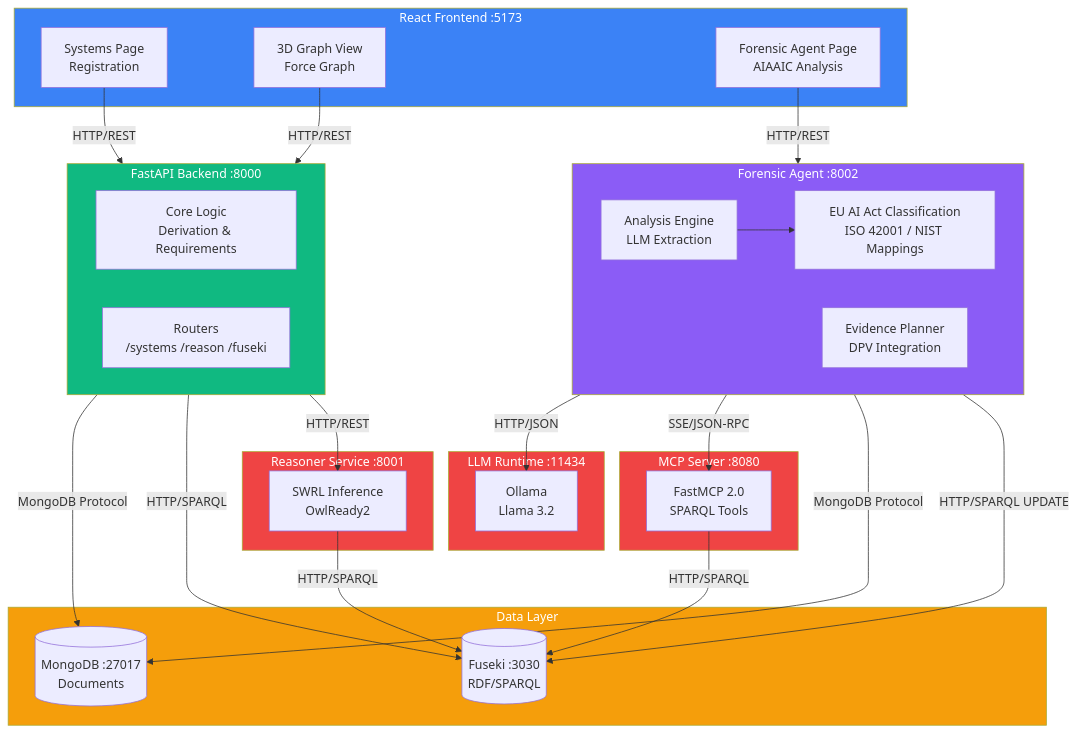
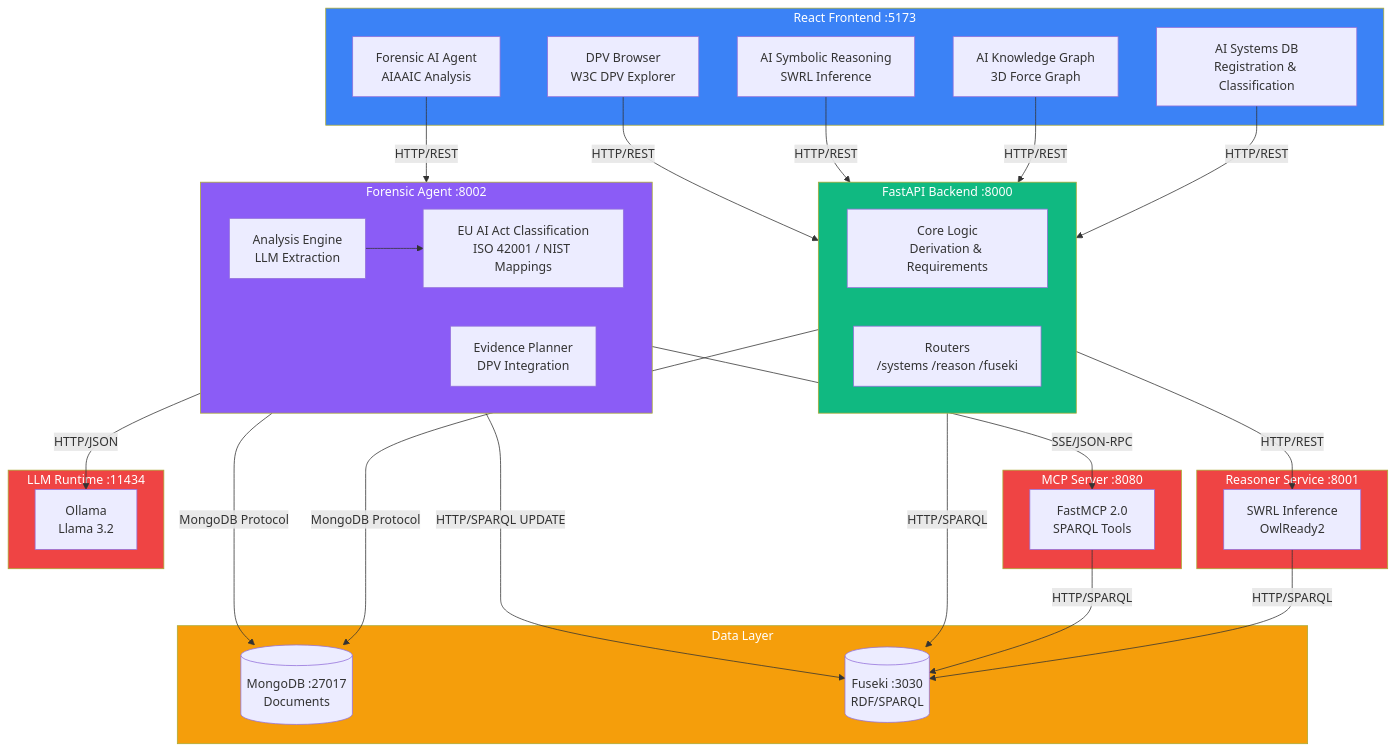
The first of 2 diagrams in README.md (cartesiosson/ai_act_project), drawn with Mermaid before and after one commit. The commit also changed other lines of this file, not shown here.

````diff
--- a/README.md
+++ b/README.md
@@ -89,57 +91,60 @@
 ```mermaid
 flowchart TB
     subgraph Frontend["React Frontend :5173"]
-        SP[Systems Page<br/>Registration]
-        GV[3D Graph View<br/>Force Graph]
-        FA[Forensic Agent Page<br/>AIAAIC Analysis]
+        SP[AI Systems DB<br/>Registration & Classification]
+        GV[AI Knowledge Graph<br/>3D Force Graph]
+        RP[AI Symbolic Reasoning<br/>SWRL Inference]
+        FA[Forensic AI Agent<br/>AIAAIC Analysis]
+        DP[DPV Browser<br/>W3C DPV Explorer]
     end
 
     subgraph Backend["FastAPI Backend :8000"]
         CL[Core Logic<br/>Derivation & Requirements]
         RT[Routers<br/>/systems /reason /fuseki]
     end
 
     subgraph Forensic["Forensic Agent :8002"]
         AE[Analysis Engine<br/>LLM Extraction]
         CL2[EU AI Act Classification<br/>ISO 42001 / NIST Mappings]
         EP[Evidence Planner<br/>DPV Integration]
     end
 
     subgraph Data["Data Layer"]
         MG[(MongoDB :27017<br/>Documents)]
         FK[(Fuseki :3030<br/>RDF/SPARQL)]
     end
 
     subgraph Reasoner["Reasoner Service :8001"]
         RS[SWRL Inference<br/>OwlReady2]
     end
 
     subgraph MCPServer["MCP Server :8080"]
         MCP[FastMCP 2.0<br/>SPARQL Tools]
     end
 
     subgraph LLM["LLM Runtime :11434"]
         OL[Ollama<br/>Llama 3.2]
     end
 
-    SP & GV -->|HTTP/REST| Backend
+    SP & GV & RP -->|HTTP/REST| Backend
+    DP -->|HTTP/REST| Backend
     FA -->|HTTP/REST| Forensic
     Backend -->|MongoDB Protocol| MG
     Backend -->|HTTP/SPARQL| FK
     Backend -->|HTTP/REST| RS
     RS -->|HTTP/SPARQL| FK
     Forensic -->|HTTP/JSON| OL
     Forensic -->|SSE/JSON-RPC| MCP
     MCP -->|HTTP/SPARQL| FK
     Forensic -->|MongoDB Protocol| MG
     Forensic -->|HTTP/SPARQL UPDATE| FK
     AE --> CL2
 
     style Frontend fill:#3b82f6,color:#fff
     style Backend fill:#10b981,color:#fff
     style Forensic fill:#8b5cf6,color:#fff
     style Data fill:#f59e0b,color:#fff
     style Reasoner fill:#ef4444,color:#fff
     style MCPServer fill:#ef4444,color:#fff
     style LLM fill:#ef4444,color:#fff
 ```
````
